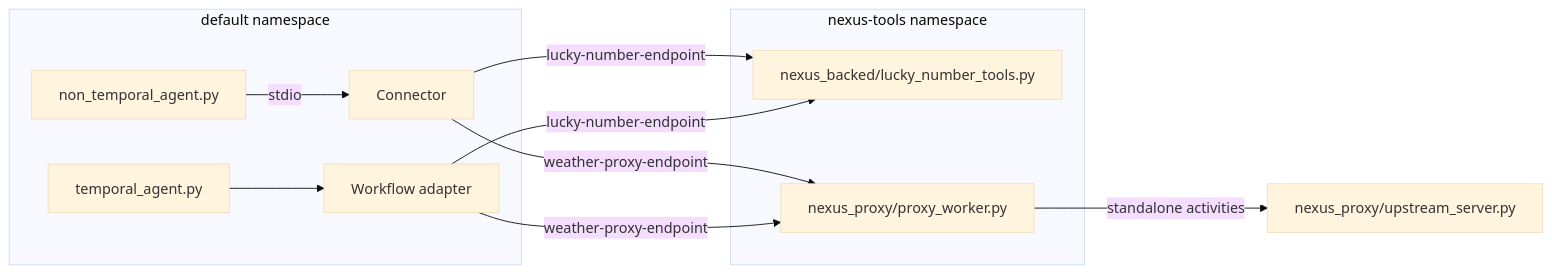
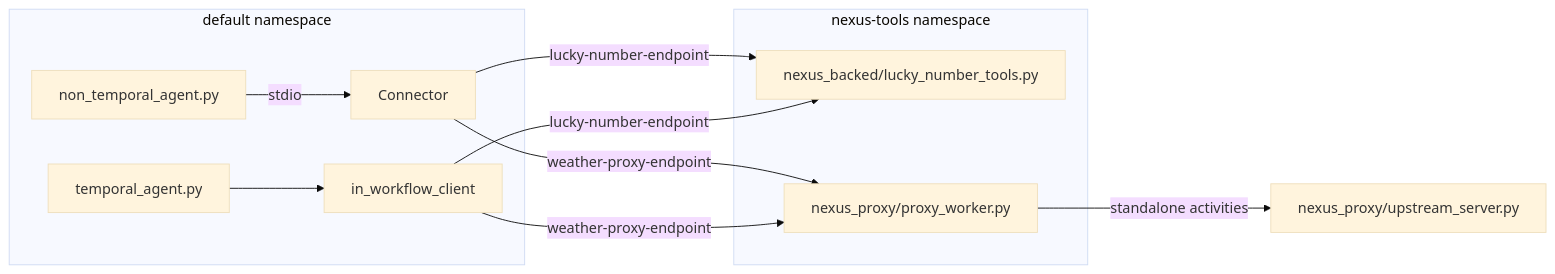
One commit to long-nt-tran/durable-mcp-connector changed the first of 2 diagrams in examples/README.md. Above: the diagram before and after it, drawn with Mermaid (base theme). The commit also changed other lines of this file and 50 other files, not shown here.

````diff
--- a/examples/README.md
+++ b/examples/README.md
@@ -29,17 +34,17 @@
 ```mermaid
 flowchart LR
   subgraph Default["default namespace"]
     NT["non_temporal_agent.py"] -->|"stdio"| K["Connector"]
-    TA["temporal_agent.py"] --> A["Workflow adapter"]
+    TA["temporal_agent.py"] --> A["in_workflow_client"]
   end
   subgraph tools["nexus-tools namespace"]
     S["nexus_backed/lucky_number_tools.py"]
     P["nexus_proxy/proxy_worker.py"]
   end
   U["nexus_proxy/upstream_server.py"]
   K -->|"lucky-number-endpoint"| S
   A -->|"lucky-number-endpoint"| S
   K -->|"weather-proxy-endpoint"| P
   A -->|"weather-proxy-endpoint"| P
   P -->|"standalone activities"| U
 ```
````
